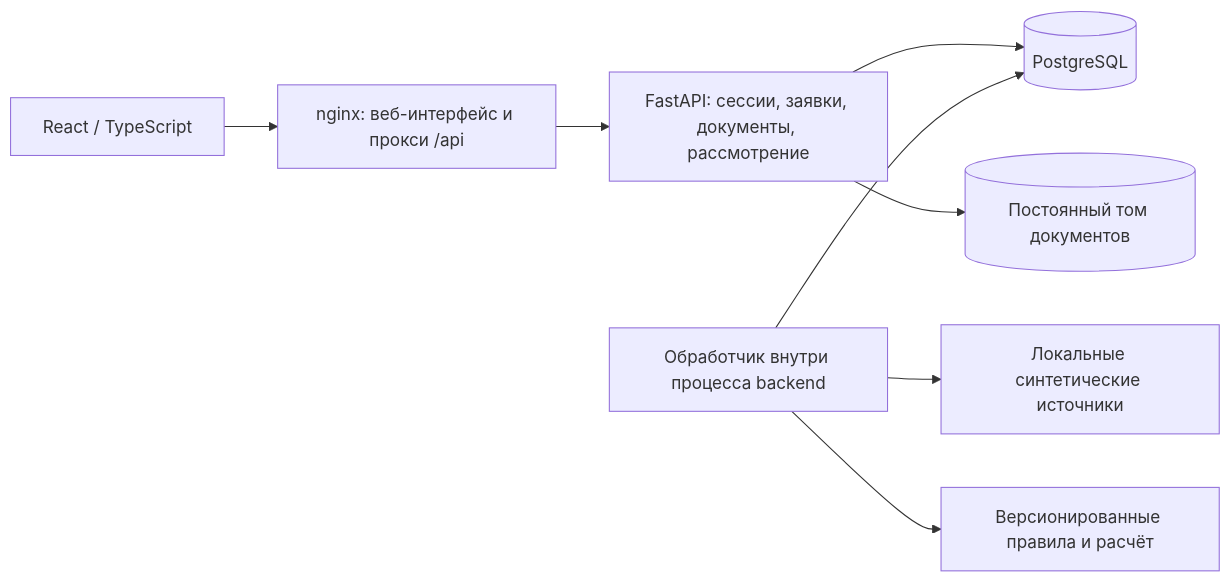
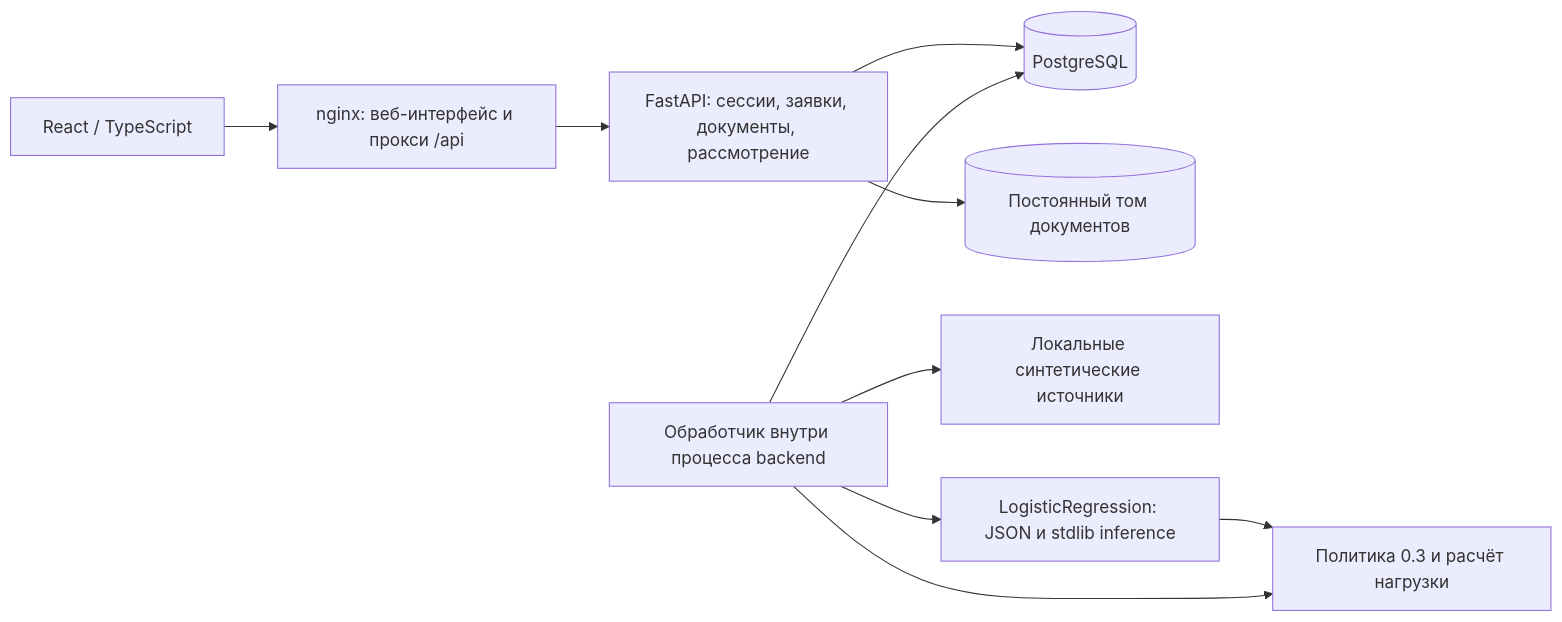
Before and after one commit to L3iHS/alfa-hack-smart-credit-cabinet: the first of 3 diagrams in docs/architecture.md, drawn with Mermaid. The commit also changed other lines of this file and 6 other files, not shown here.

````diff
--- a/docs/architecture.md
+++ b/docs/architecture.md
@@ -7,10 +7,12 @@
 ```mermaid
 flowchart LR
     Browser[React / TypeScript] --> Nginx[nginx: веб-интерфейс и прокси /api]
     Nginx --> API[FastAPI: сессии, заявки, документы, рассмотрение]
     API --> DB[(PostgreSQL)]
     API --> Files[(Постоянный том документов)]
     Worker[Обработчик внутри процесса backend] --> DB
     Worker --> Providers[Локальные синтетические источники]
-    Worker --> Rules[Версионированные правила и расчёт]
+    Worker --> Model[LogisticRegression: JSON и stdlib inference]
+    Model --> Rules[Политика 0.3 и расчёт нагрузки]
+    Worker --> Rules
 ```
````
